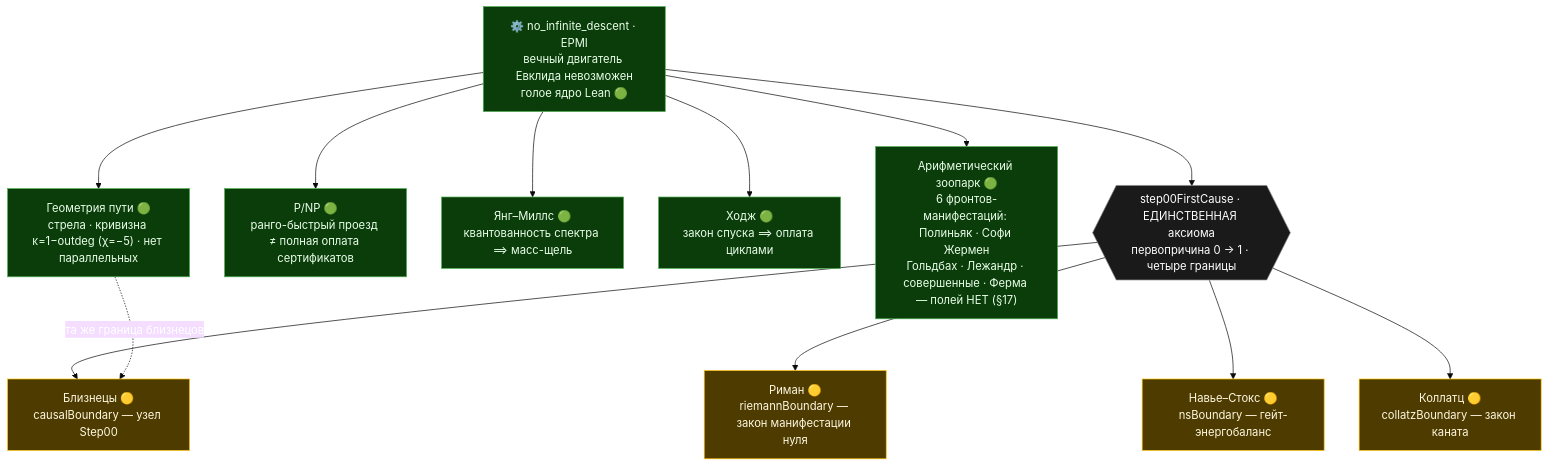
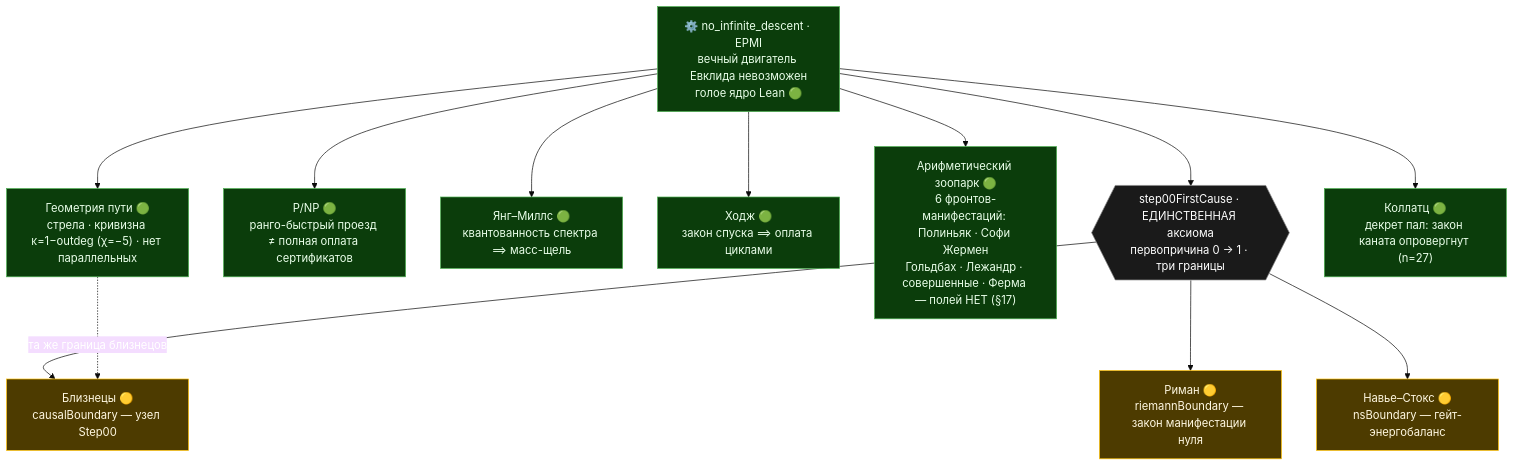
One commit to elamaunt/Euclids-path changed the diagram in README.md. Above: the diagram before and after it, drawn with Mermaid (base theme). The commit also changed other lines of this file and 11 other files, not shown here.

````diff
--- a/README.md
+++ b/README.md
@@ -63,26 +63,27 @@
 ```mermaid
 flowchart TD
     ROOT["⚙️ no_infinite_descent · EPMI<br/>вечный двигатель Евклида невозможен<br/>голое ядро Lean 🟢"]
 
-    ROOT --> FC{{"step00FirstCause · ЕДИНСТВЕННАЯ аксиома<br/>первопричина 0 → 1 · четыре границы"}}
+    ROOT --> FC{{"step00FirstCause · ЕДИНСТВЕННАЯ аксиома<br/>первопричина 0 → 1 · три границы"}}
     FC --> TP["Близнецы 🟡<br/>causalBoundary — узел Step00"]
     FC --> RH["Риман 🟡<br/>riemannBoundary — закон манифестации нуля"]
     FC --> NS["Навье–Стокс 🟡<br/>nsBoundary — гейт-энергобаланс"]
 
     ROOT --> PNP["P/NP 🟢<br/>ранго-быстрый проезд ≠ полная оплата сертификатов"]
     ROOT --> YM["Янг–Миллс 🟢<br/>квантованность спектра ⟹ масс-щель"]
     ROOT --> HC["Ходж 🟢<br/>закон спуска ⟹ оплата циклами"]
 
     ROOT --> ZOO["Арифметический зоопарк 🟢<br/>6 фронтов-манифестаций: Полиньяк · Софи Жермен<br/>Гольдбах · Лежандр · совершенные · Ферма — полей НЕТ (§17)"]
     ROOT --> GEO["Геометрия пути 🟢<br/>стрела · кривизна κ=1−outdeg (χ=−5) · нет параллельных"]
     GEO -. та же граница близнецов .-> TP
 
-    FC --> CL["Коллатц 🟡<br/>collatzBoundary — закон каната"]
+    ROOT --> CL["Коллатц 🟢<br/>декрет пал: закон каната опровергнут (n=27)"]
 
     classDef green fill:#0b3d0b,stroke:#4caf50,color:#eaffea;
     classDef yellow fill:#4d3b00,stroke:#ffc107,color:#fff8e1;
     classDef root fill:#1a1a1a,stroke:#888,color:#ffffff;
     class ROOT,PNP,YM,HC,ZOO,GEO green;
-    class TP,RH,NS,CL yellow;
+    class TP,RH,NS yellow;
+    class CL green;
     class FC root;
 ```
````
